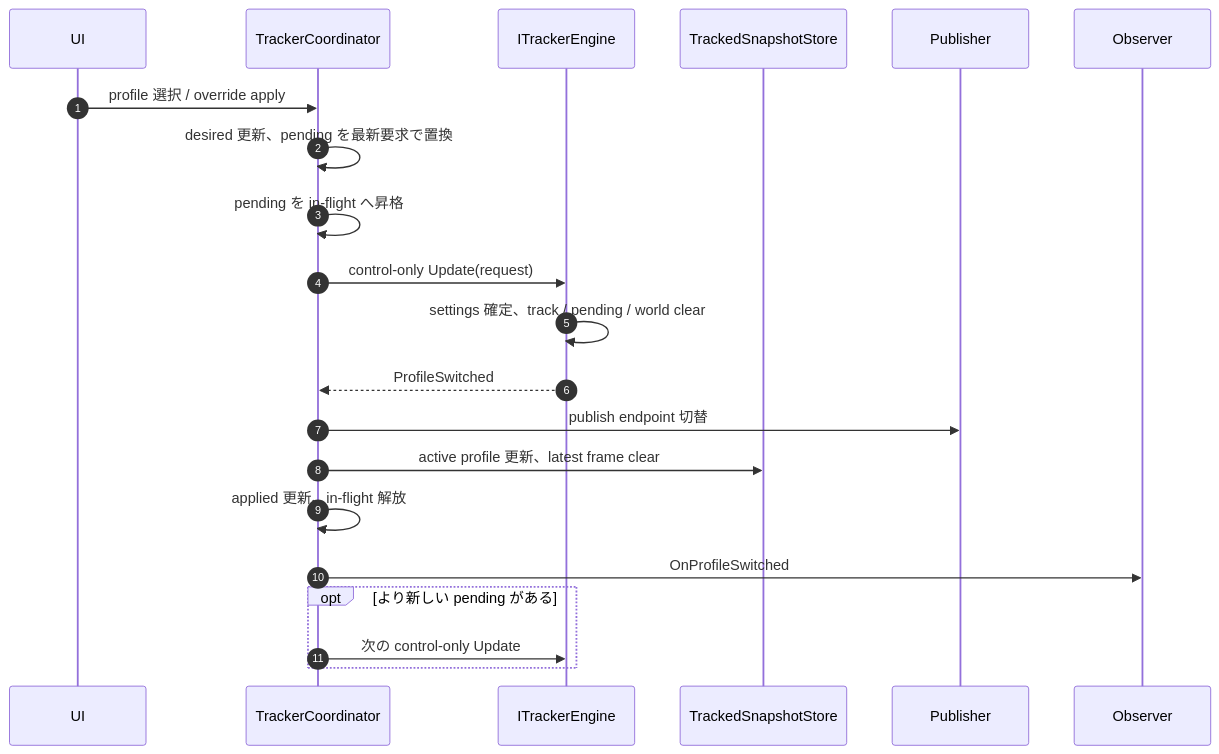
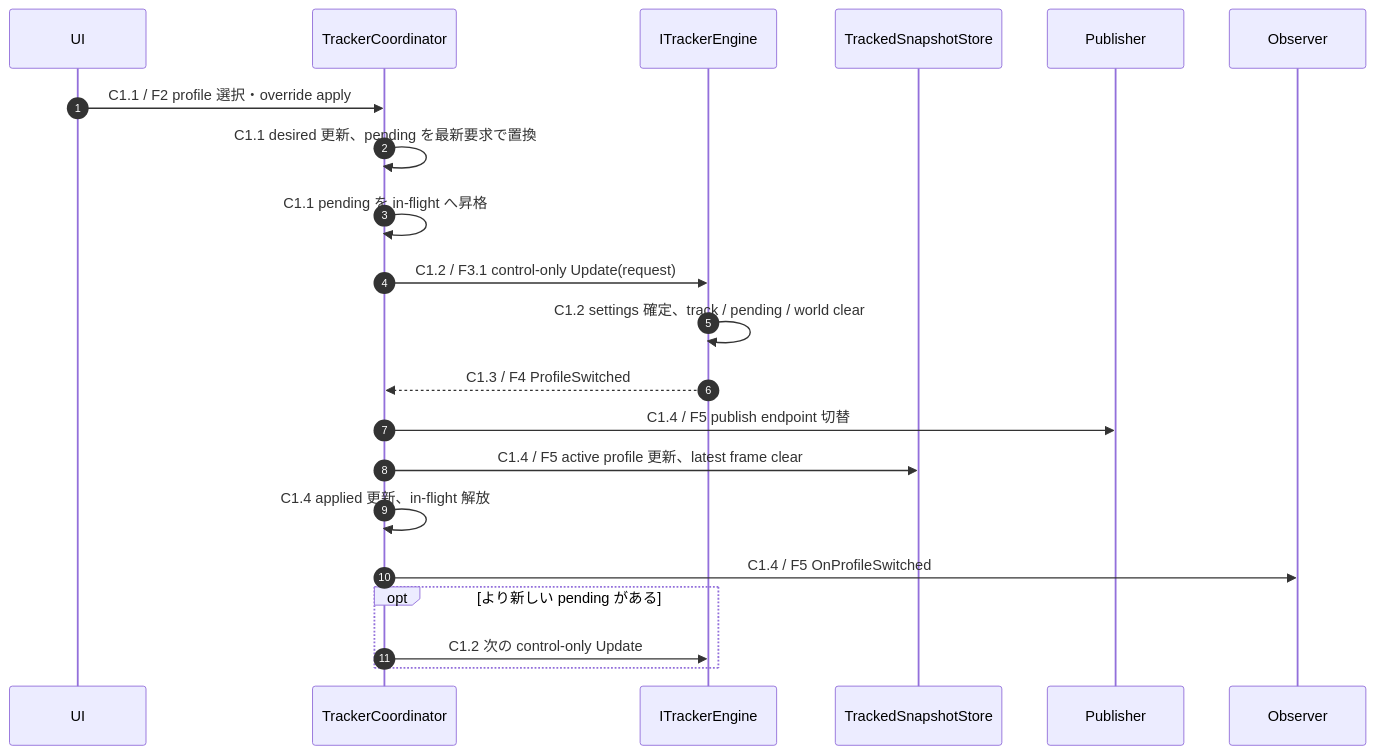
Before and after one commit to ibis-ssl/Duck: the tenth of 11 diagrams in Tracker/Design/Core/tracker-architecture-plan.md, drawn with Mermaid. The commit also changed other lines of this file, not shown here.

Commit message:
docs(tracker): 全体フローと詳細図の対応を明示する

````diff
--- a/Tracker/Design/Core/tracker-architecture-plan.md
+++ b/Tracker/Design/Core/tracker-architecture-plan.md
@@ -306,24 +396,24 @@
 ```mermaid
 sequenceDiagram
     autonumber
     participant UI
     participant C as TrackerCoordinator
     participant E as ITrackerEngine
     participant S as TrackedSnapshotStore
     participant P as Publisher
     participant O as Observer
 
-    UI->>C: profile 選択 / override apply
-    C->>C: desired 更新、pending を最新要求で置換
-    C->>C: pending を in-flight へ昇格
-    C->>E: control-only Update(request)
-    E->>E: settings 確定、track / pending / world clear
-    E-->>C: ProfileSwitched
-    C->>P: publish endpoint 切替
-    C->>S: active profile 更新、latest frame clear
-    C->>C: applied 更新、in-flight 解放
-    C->>O: OnProfileSwitched
+    UI->>C: C1.1 / F2 profile 選択・override apply
+    C->>C: C1.1 desired 更新、pending を最新要求で置換
+    C->>C: C1.1 pending を in-flight へ昇格
+    C->>E: C1.2 / F3.1 control-only Update(request)
+    E->>E: C1.2 settings 確定、track / pending / world clear
+    E-->>C: C1.3 / F4 ProfileSwitched
+    C->>P: C1.4 / F5 publish endpoint 切替
+    C->>S: C1.4 / F5 active profile 更新、latest frame clear
+    C->>C: C1.4 applied 更新、in-flight 解放
+    C->>O: C1.4 / F5 OnProfileSwitched
     opt より新しい pending がある
-        C->>E: 次の control-only Update
+        C->>E: C1.2 次の control-only Update
     end
 ```
````
